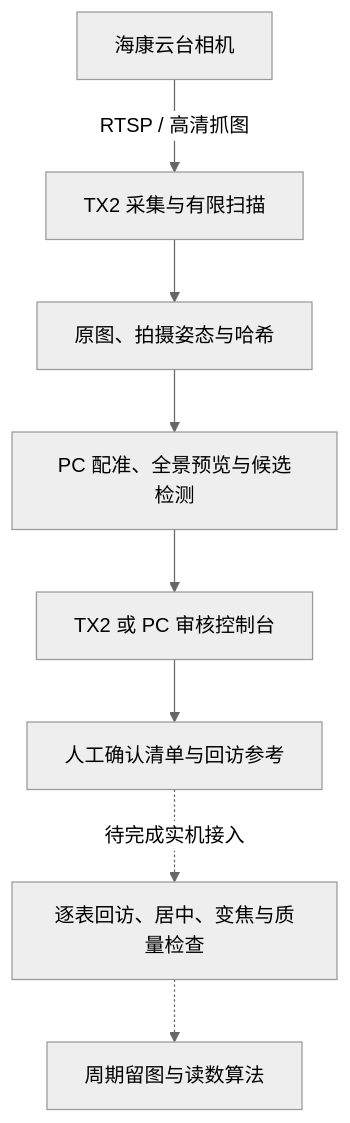
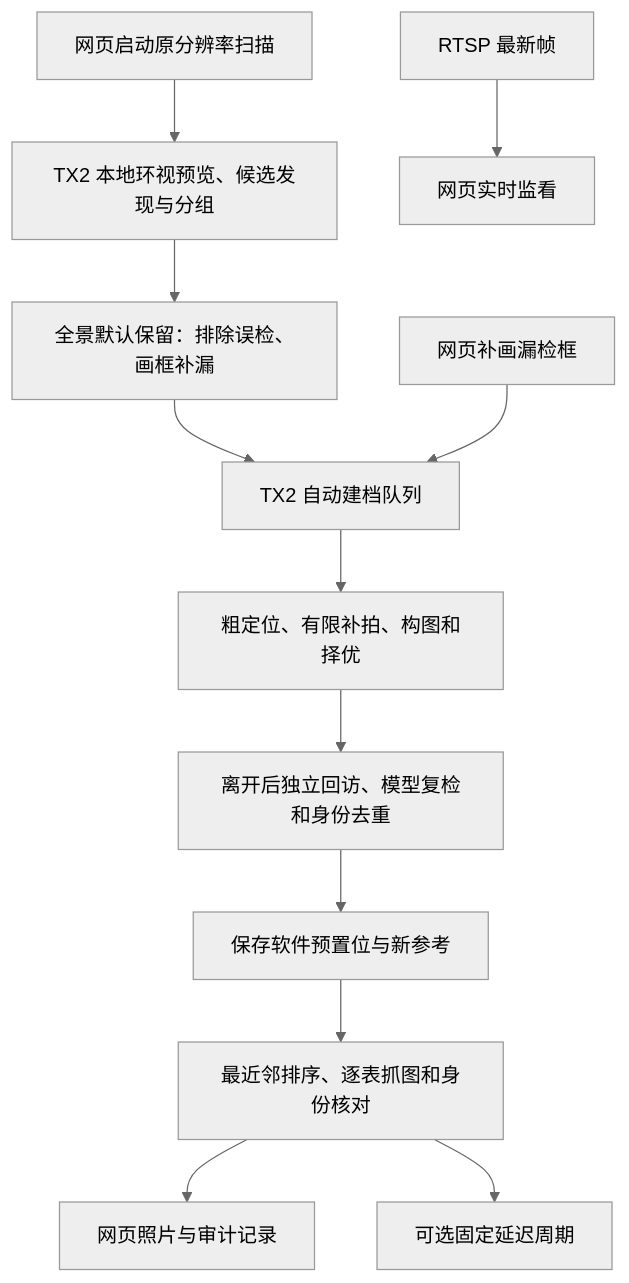
The diagram in README.md (moonnnei/jetson-ptz-inspection), drawn with Mermaid (neutral theme) before and after one commit. The commit also changed other lines of this file and 160 other files, not shown here.

````diff
--- a/README.md
+++ b/README.md
@@ -48,10 +41,14 @@
 ```mermaid
 flowchart TD
-    A[海康云台相机] -->|RTSP / 高清抓图| B[TX2 采集与有限扫描]
-    B --> C[原图、拍摄姿态与哈希]
-    C --> D[PC 配准、全景预览与候选检测]
-    D --> E[TX2 或 PC 审核控制台]
-    E --> F[人工确认清单与回访参考]
-    F -.待完成实机接入.-> G[逐表回访、居中、变焦与质量检查]
-    G -.-> H[周期留图与读数算法]
+    A[网页启动原分辨率扫描] --> B[TX2 本地环视预览、候选发现与分组]
+    B --> R[全景默认保留：排除误检、画框补漏]
+    R --> C[TX2 自动建档队列]
+    D[网页补画漏检框] --> C
+    C --> E[粗定位、有限补拍、构图和择优]
+    E --> F[离开后独立回访、模型复检和身份去重]
+    F --> G[保存软件预置位与新参考]
+    G --> H[最近邻排序、逐表抓图和身份核对]
+    H --> I[网页照片与审计记录]
+    H --> J[可选固定延迟周期]
+    K[RTSP 最新帧] --> L[网页实时监看]
 ```
````
